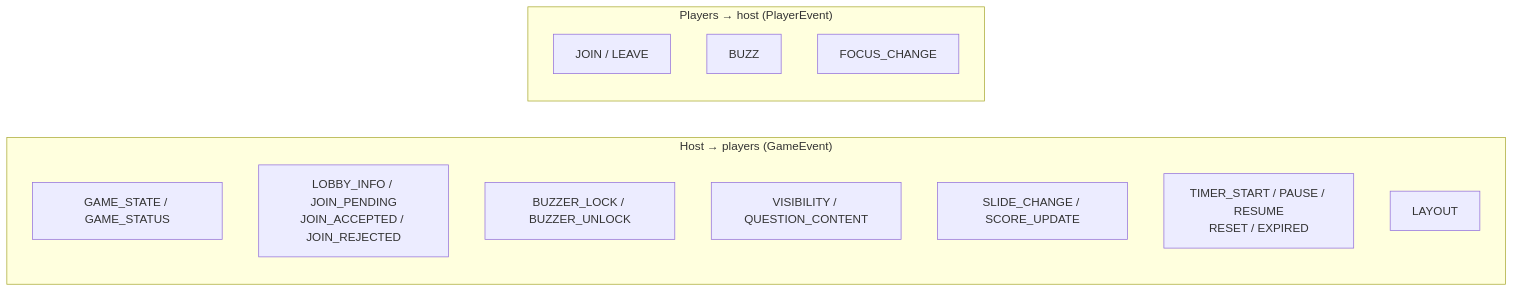
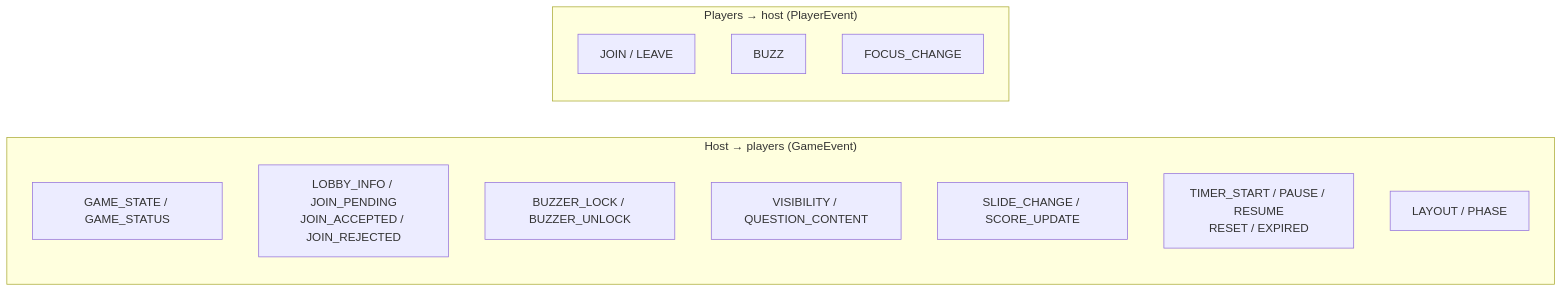
The sixth of 9 diagrams in docs/ARCHITECTURE.md (morbeo/viktorani), drawn with Mermaid before and after one commit. The commit also changed other lines of this file and 21 other files, not shown here.

````diff
--- a/docs/ARCHITECTURE.md
+++ b/docs/ARCHITECTURE.md
@@ -277,19 +280,19 @@
 ```mermaid
 flowchart LR
   subgraph GameEvent["Host → players (GameEvent)"]
     direction TB
     g1[GAME_STATE / GAME_STATUS]
     g2[LOBBY_INFO / JOIN_PENDING<br/>JOIN_ACCEPTED / JOIN_REJECTED]
     g3[BUZZER_LOCK / BUZZER_UNLOCK]
     g4[VISIBILITY / QUESTION_CONTENT]
     g5[SLIDE_CHANGE / SCORE_UPDATE]
     g6[TIMER_START / PAUSE / RESUME<br/>RESET / EXPIRED]
-    g7[LAYOUT]
+    g7[LAYOUT / PHASE]
   end
   subgraph PlayerEvent["Players → host (PlayerEvent)"]
     direction TB
     p1[JOIN / LEAVE]
     p2[BUZZ]
     p3[FOCUS_CHANGE]
   end
 ```
````
